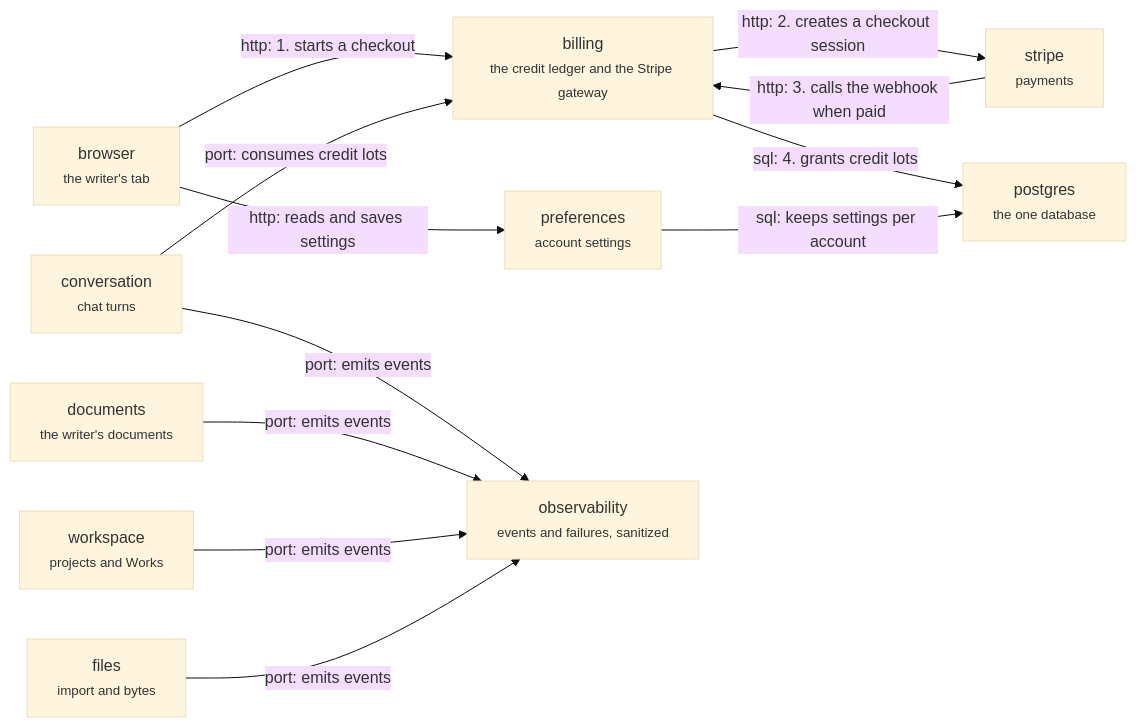
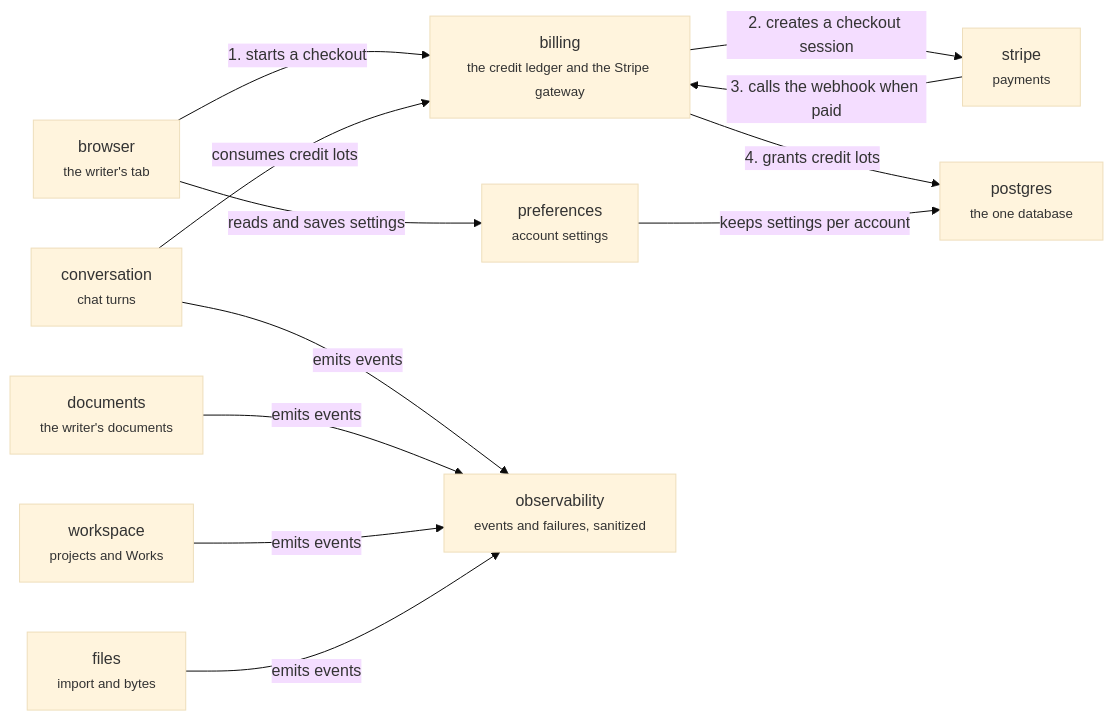
The diagram in .context/system-architecture/server-account.md (haowjy/meridian-flow), drawn with Mermaid (base theme) before and after one commit. The commit also changed 13 other files, not shown here.

````diff
--- a/.context/system-architecture/server-account.md
+++ b/.context/system-architecture/server-account.md
@@ -5,24 +5,24 @@
 ```mermaid
 flowchart LR
   billing["billing<br/><small>the credit ledger and the Stripe gateway</small>"]:::domain
   preferences["preferences<br/><small>account settings</small>"]:::domain
   observability["observability<br/><small>events and failures, sanitized</small>"]:::domain
   browser["browser<br/><small>the writer's tab</small>"]:::context
   stripe["stripe<br/><small>payments</small>"]:::context
   postgres["postgres<br/><small>the one database</small>"]:::context
   conversation["conversation<br/><small>chat turns</small>"]:::context
   documents["documents<br/><small>the writer's documents</small>"]:::context
   workspace["workspace<br/><small>projects and Works</small>"]:::context
   files["files<br/><small>import and bytes</small>"]:::context
-  browser -->|"http: 1. starts a checkout"| billing
-  billing -->|"http: 2. creates a checkout session"| stripe
-  stripe -->|"http: 3. calls the webhook when paid"| billing
-  billing -->|"sql: 4. grants credit lots"| postgres
-  conversation -->|"port: consumes credit lots"| billing
-  browser -->|"http: reads and saves settings"| preferences
-  preferences -->|"sql: keeps settings per account"| postgres
-  conversation -->|"port: emits events"| observability
-  documents -->|"port: emits events"| observability
-  workspace -->|"port: emits events"| observability
-  files -->|"port: emits events"| observability
+  browser -->|"1. starts a checkout"| billing
+  billing -->|"2. creates a checkout session"| stripe
+  stripe -->|"3. calls the webhook when paid"| billing
+  billing -->|"4. grants credit lots"| postgres
+  conversation -->|"consumes credit lots"| billing
+  browser -->|"reads and saves settings"| preferences
+  preferences -->|"keeps settings per account"| postgres
+  conversation -->|"emits events"| observability
+  documents -->|"emits events"| observability
+  workspace -->|"emits events"| observability
+  files -->|"emits events"| observability
 ```
````
